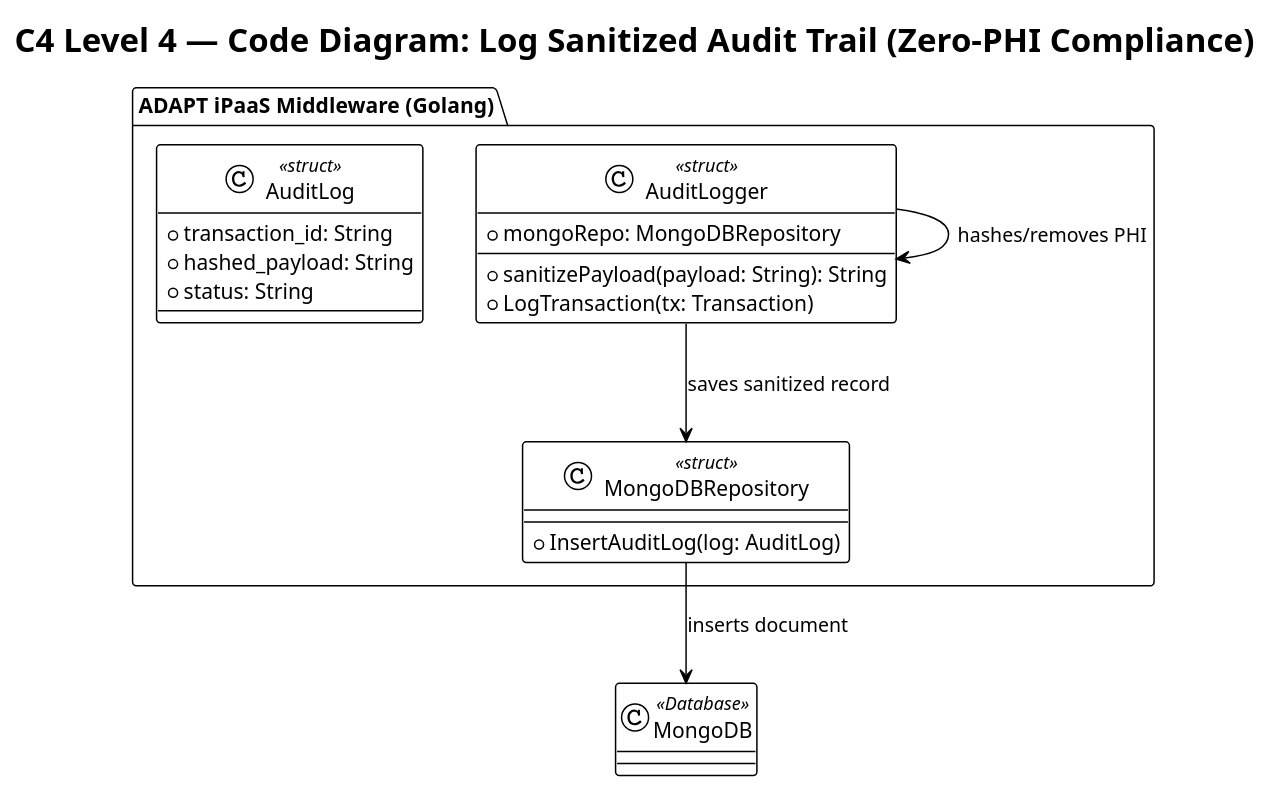
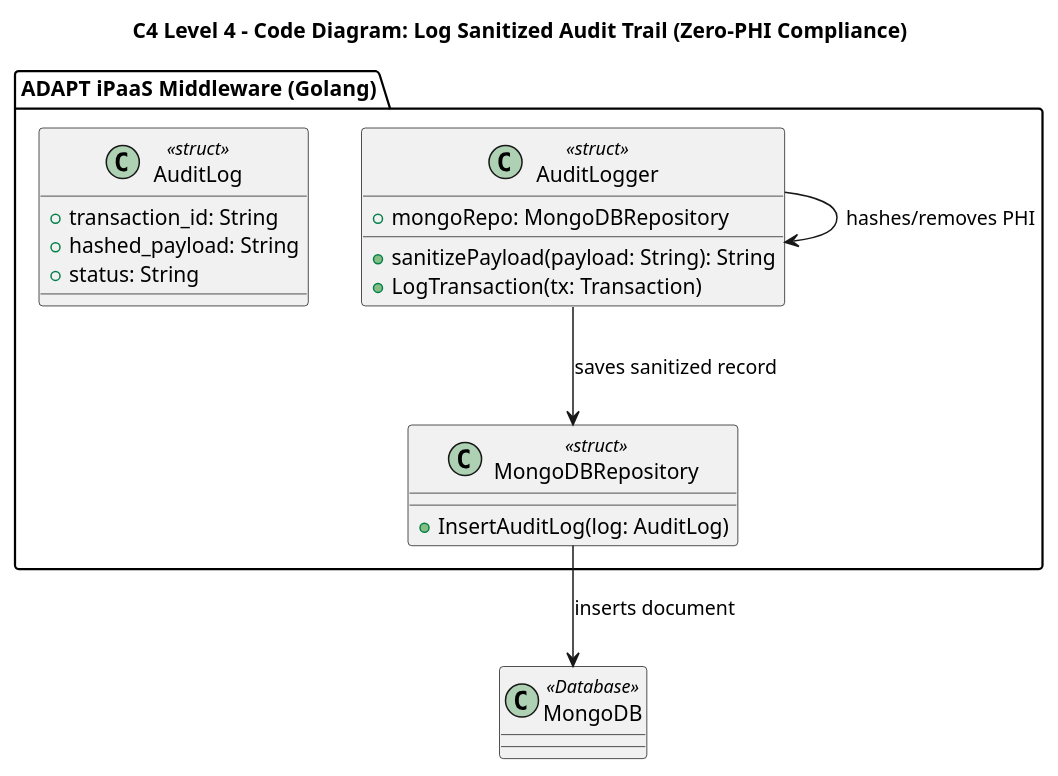
One commit to Vince0028/WAH4PCE-MERGE-CONFLICT changed the diagram in diagrams/c4_diagram/code_diagram/granular_code_diagram/uc_log_sanitized_audit_trail.puml. Above: the diagram before and after it, drawn with PlantUML. The commit also changed 16 other files, not shown here.

Commit message:
docs: add C4 Level 4 code architecture PlantUML diagrams for system use cases

```diff
--- a/diagrams/c4_diagram/code_diagram/granular_code_diagram/uc_log_sanitized_audit_trail.puml
+++ b/diagrams/c4_diagram/code_diagram/granular_code_diagram/uc_log_sanitized_audit_trail.puml
@@ -1,29 +1,28 @@
 @startuml UC_Log_Sanitized_Audit_Trail
-!theme plain
-title C4 Level 4 — Code Diagram: Log Sanitized Audit Trail (Zero-PHI Compliance)
+title C4 Level 4 - Code Diagram: Log Sanitized Audit Trail (Zero-PHI Compliance)
 
 package "ADAPT iPaaS Middleware (Golang)" {
     class AuditLogger <<struct>> {
         + mongoRepo: MongoDBRepository
         + sanitizePayload(payload: String): String
         + LogTransaction(tx: Transaction)
     }
 
     class MongoDBRepository <<struct>> {
         + InsertAuditLog(log: AuditLog)
     }
     
     class AuditLog <<struct>> {
         + transaction_id: String
         + hashed_payload: String
         + status: String
     }
 }
 
 class "MongoDB" as MongoDB <<Database>>
 
 AuditLogger --> AuditLogger : hashes/removes PHI
 AuditLogger --> MongoDBRepository : saves sanitized record
 MongoDBRepository --> MongoDB : inserts document
 
 @enduml
```
